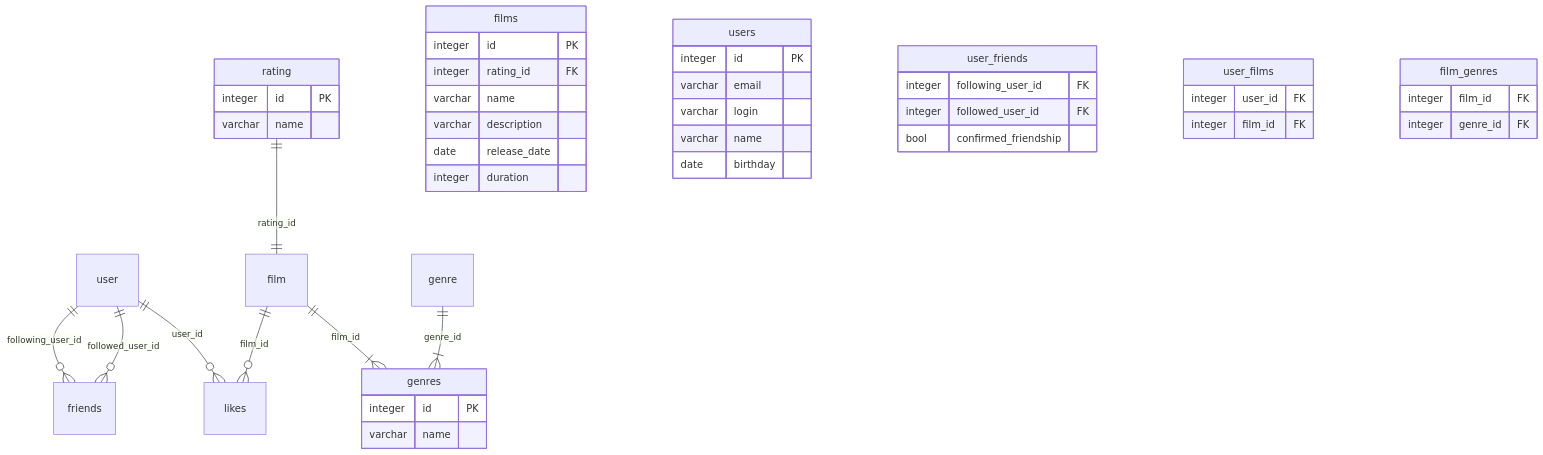
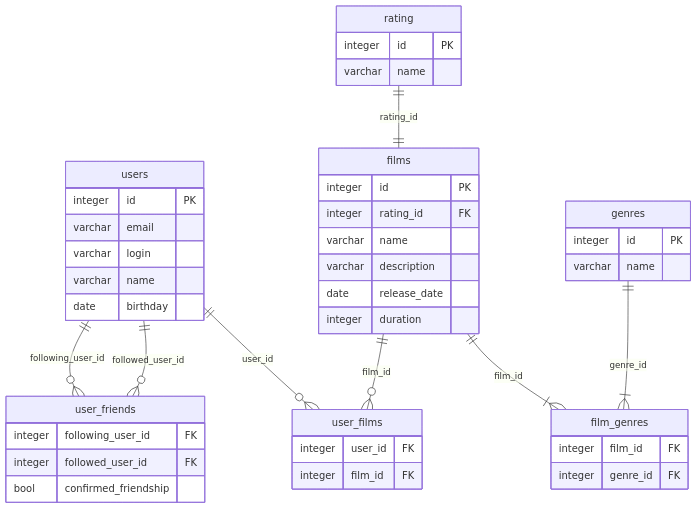
One commit to achertkovv/java-filmorate changed the diagram in README.md. Above: the diagram before and after it, drawn with Mermaid.

Commit message:
Commit 2 (исправлена диаграма)

````diff
--- a/README.md
+++ b/README.md
@@ -2,47 +2,47 @@
 ```mermaid
 erDiagram
-user ||--o{ friends : following_user_id
-    user ||--o{ friends : followed_user_id
-    user ||--o{ likes : user_id
-    film ||--o{ likes : film_id
-    film ||--|{ genres : film_id
-    genre ||--|{ genres : genre_id
-    rating ||--|| film : rating_id
+    users ||--o{ user_friends : following_user_id
+    users ||--o{ user_friends : followed_user_id
+    users ||--o{ user_films : user_id
+    films ||--o{ user_films : film_id
+    films ||--|{ film_genres : film_id
+    genres ||--|{ film_genres : genre_id
+    rating ||--|| films : rating_id
 
     films {
         integer id PK
         integer rating_id FK
         varchar name
         varchar description
         date release_date
         integer duration
     }
     users {
         integer id PK
         varchar email
         varchar login
         varchar name
         date birthday
     }
     rating {
         integer id PK
         varchar name
     }
     user_friends {
         integer following_user_id FK
         integer followed_user_id FK
         bool confirmed_friendship
     }
     user_films {
         integer user_id FK
         integer film_id FK
     }
     film_genres {
         integer film_id FK
         integer genre_id FK
     }
     genres {
         integer id PK
         varchar name
     }
 ```
````
